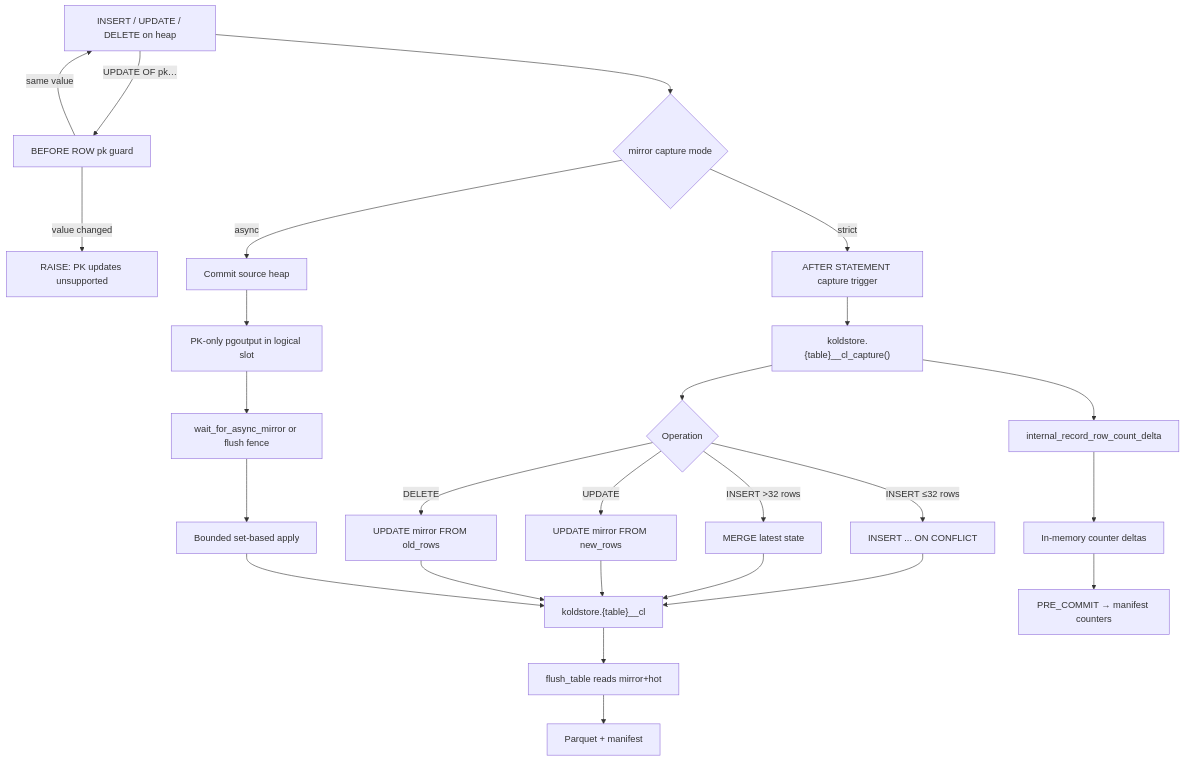
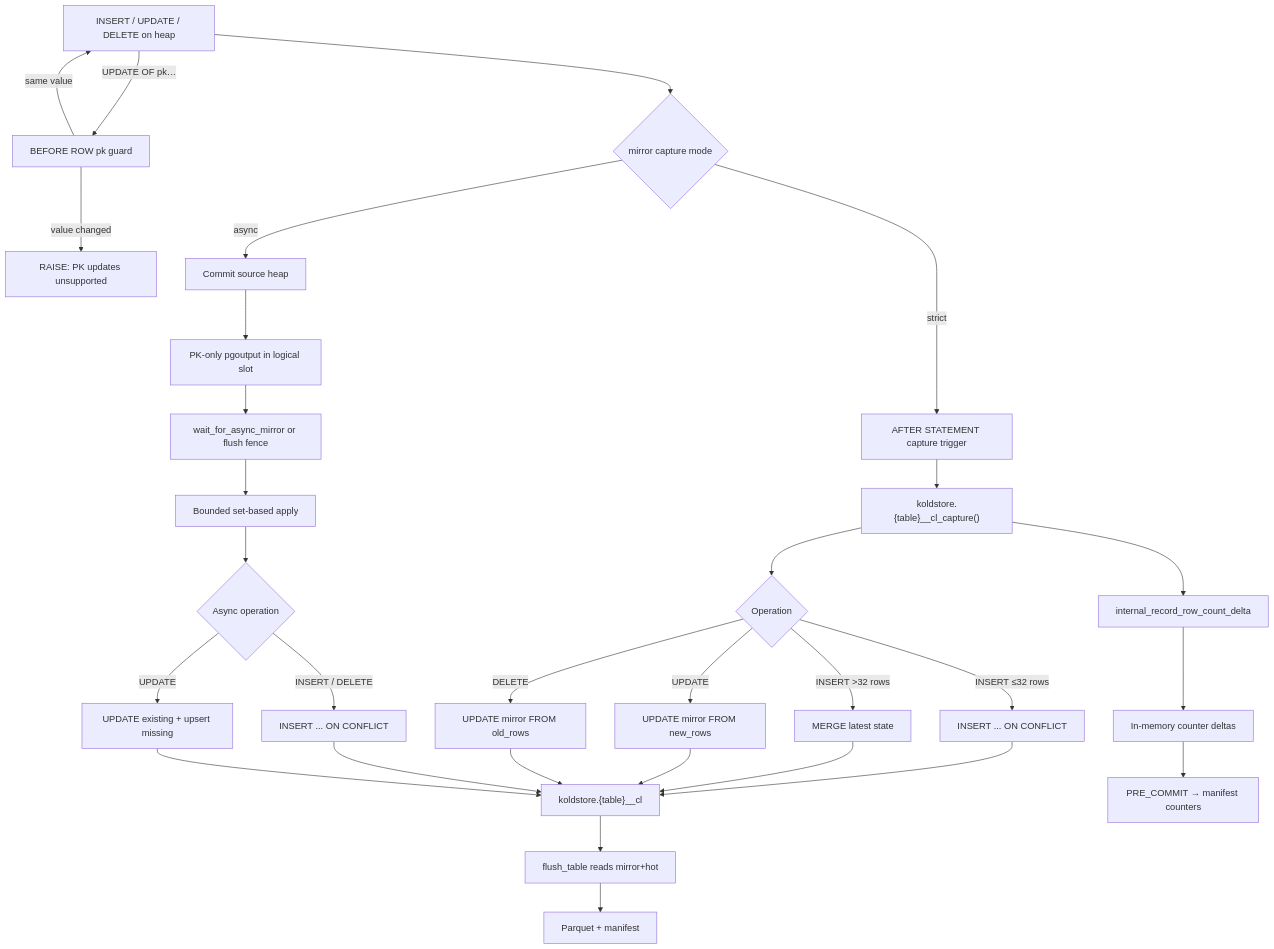
The first of 3 diagrams in docs/architecture/dml-table.md (kalamdb/koldstore), drawn with Mermaid before and after one commit. The commit also changed other lines of this file and 53 other files, not shown here.

````diff
--- a/docs/architecture/dml-table.md
+++ b/docs/architecture/dml-table.md
@@ -37,28 +37,32 @@
 ```mermaid
 flowchart TD
   DML["INSERT / UPDATE / DELETE on heap"] --> MODE{"mirror capture mode"}
   DML -->|"UPDATE OF pk…"| PKG["BEFORE ROW pk guard"]
   PKG -->|"value changed"| ERR["RAISE: PK updates unsupported"]
   PKG -->|"same value"| DML
   MODE -->|strict| TRG["AFTER STATEMENT capture trigger"]
   MODE -->|async| COMMIT["Commit source heap"]
   COMMIT --> WAL["PK-only pgoutput in logical slot"]
   WAL --> FENCE["wait_for_async_mirror or flush fence"]
   FENCE --> APPLY["Bounded set-based apply"]
+  APPLY --> AKIND{"Async operation"}
+  AKIND -->|"INSERT / DELETE"| AUPSERT["INSERT ... ON CONFLICT"]
+  AKIND -->|"UPDATE"| AUPDATE["UPDATE existing + upsert missing"]
   TRG --> CAP["koldstore.{table}__cl_capture()"]
   CAP --> KIND{"Operation"}
   KIND -->|"INSERT ≤32 rows"| UPSERT["INSERT ... ON CONFLICT"]
   KIND -->|"INSERT >32 rows"| MERGE["MERGE latest state"]
   KIND -->|"UPDATE"| DIRECTU["UPDATE mirror FROM new_rows"]
   KIND -->|"DELETE"| DIRECTD["UPDATE mirror FROM old_rows"]
   UPSERT --> MIR["koldstore.{table}__cl"]
   MERGE --> MIR
   DIRECTU --> MIR
   DIRECTD --> MIR
-  APPLY --> MIR
+  AUPSERT --> MIR
+  AUPDATE --> MIR
   CAP --> RC["internal_record_row_count_delta"]
   RC --> MEM["In-memory counter deltas"]
   MEM --> XACT["PRE_COMMIT → manifest counters"]
   MIR --> FLUSH["flush_table reads mirror+hot"]
   FLUSH --> PQ["Parquet + manifest"]
 ```
````
